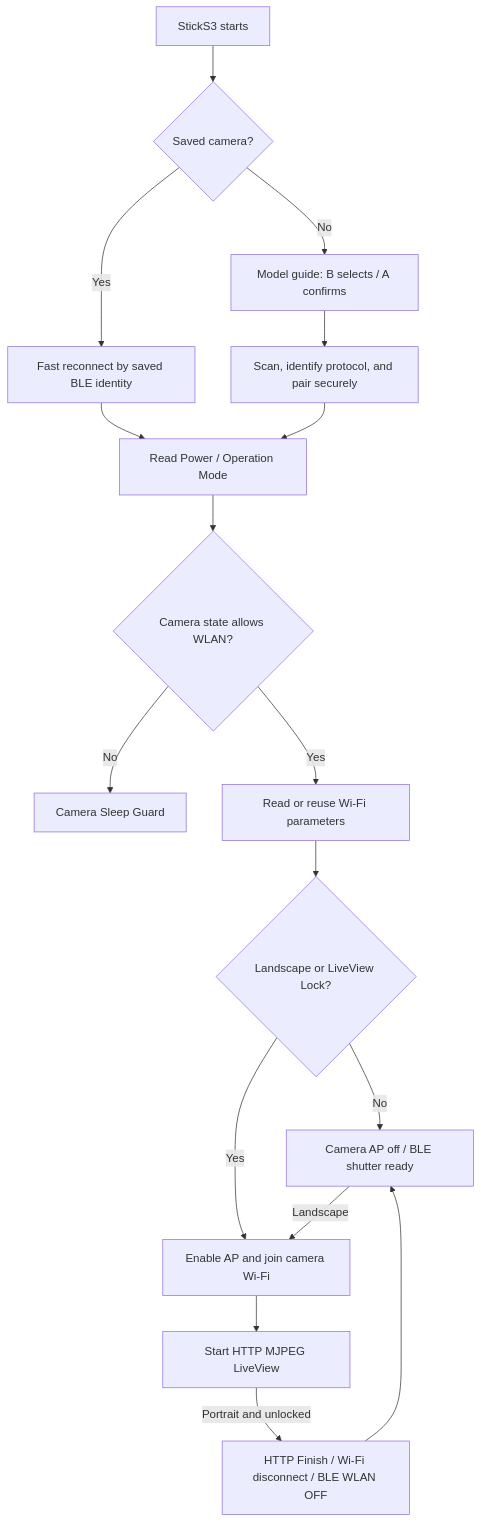
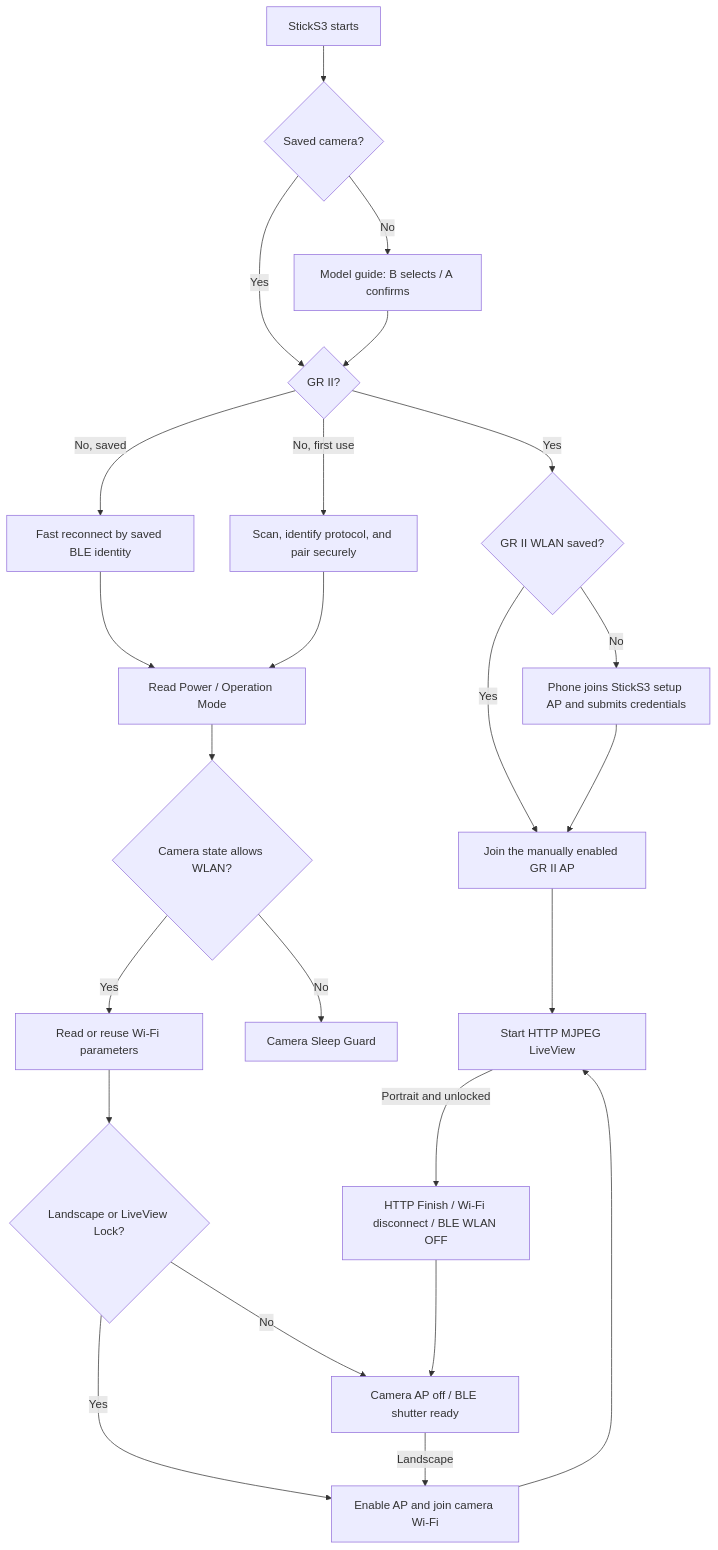
One commit to sky18Dragon/RICOH-GR-Live-View-Shooting changed the diagram in README_EN.md. Above: the diagram before and after it, drawn with Mermaid. The commit also changed other lines of this file and 27 other files, not shown here.

````diff
--- a/README_EN.md
+++ b/README_EN.md
@@ -164,19 +182,26 @@
 ```mermaid
 flowchart TD
     A[StickS3 starts] --> B{Saved camera?}
     B -->|No| C[Model guide: B selects / A confirms]
-    B -->|Yes| D[Fast reconnect by saved BLE identity]
-    C --> E[Scan, identify protocol, and pair securely]
+    B -->|Yes| Q{GR II?}
+    C --> Q
+    Q -->|Yes| P{GR II WLAN saved?}
+    P -->|No| S[Phone joins StickS3 setup AP and submits credentials]
+    P -->|Yes| R[Join the manually enabled GR II AP]
+    S --> R
+    Q -->|No, saved| D[Fast reconnect by saved BLE identity]
+    Q -->|No, first use| E[Scan, identify protocol, and pair securely]
+    R --> M[Start HTTP MJPEG LiveView]
     D --> F[Read Power / Operation Mode]
     E --> F
     F --> G{Camera state allows WLAN?}
     G -->|No| H[Camera Sleep Guard]
     G -->|Yes| I[Read or reuse Wi-Fi parameters]
     I --> J{Landscape or LiveView Lock?}
     J -->|No| K[Camera AP off / BLE shutter ready]
     J -->|Yes| L[Enable AP and join camera Wi-Fi]
-    L --> M[Start HTTP MJPEG LiveView]
+    L --> M
     M -->|Portrait and unlocked| N[HTTP Finish / Wi-Fi disconnect / BLE WLAN OFF]
     N --> K
     K -->|Landscape| L
 ```
````
